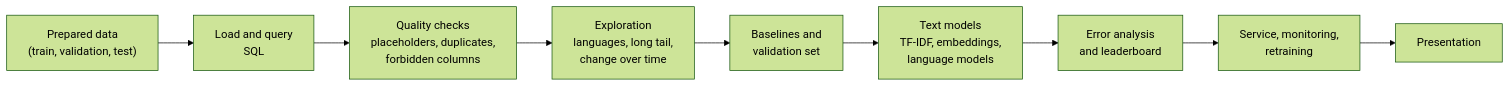
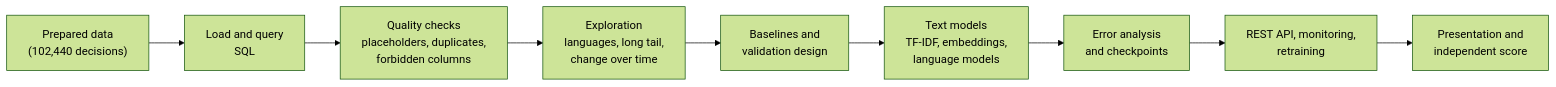
One commit to khoadaniel/statistical-programming-mpmd-htw-ws-2026 changed the fifth of 5 diagrams in proposal/CURRICULUM.md. Above: the diagram before and after it, drawn with Mermaid (forest theme). The commit also changed other lines of this file and 143 other files, not shown here.

````diff
--- a/proposal/CURRICULUM.md
+++ b/proposal/CURRICULUM.md
@@ -962,11 +964,11 @@
 ```mermaid
 flowchart LR
-  A["Prepared data<br/>(train, validation, test)"] --> B["Load and query<br/>SQL"]
+  A["Prepared data<br/>(102,440 decisions)"] --> B["Load and query<br/>SQL"]
   B --> C["Quality checks<br/>placeholders, duplicates,<br/>forbidden columns"]
   C --> D["Exploration<br/>languages, long tail,<br/>change over time"]
-  D --> E["Baselines and<br/>validation set"]
+  D --> E["Baselines and<br/>validation design"]
   E --> F["Text models<br/>TF-IDF, embeddings,<br/>language models"]
-  F --> G["Error analysis<br/>and leaderboard"]
-  G --> H["Service, monitoring,<br/>retraining"]
-  H --> I["Presentation"]
+  F --> G["Error analysis<br/>and checkpoints"]
+  G --> H["REST API, monitoring,<br/>retraining"]
+  H --> I["Presentation and<br/>independent score"]
 ```
````
